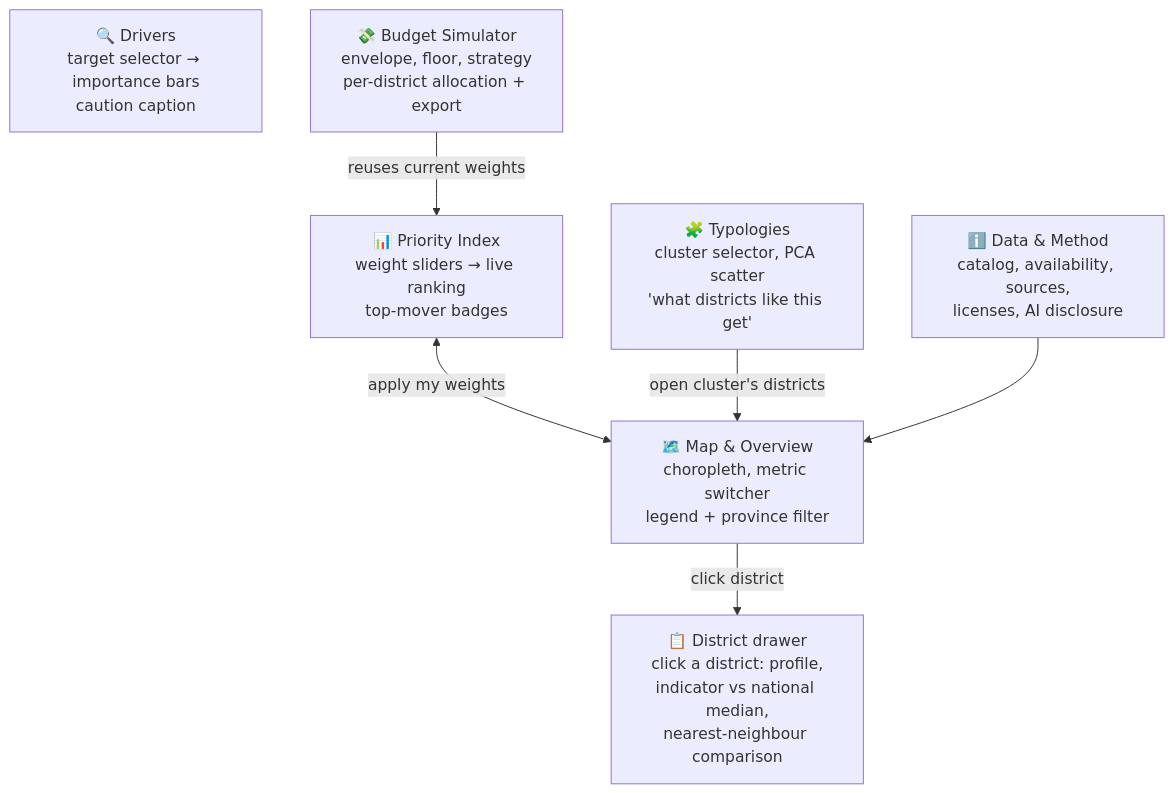
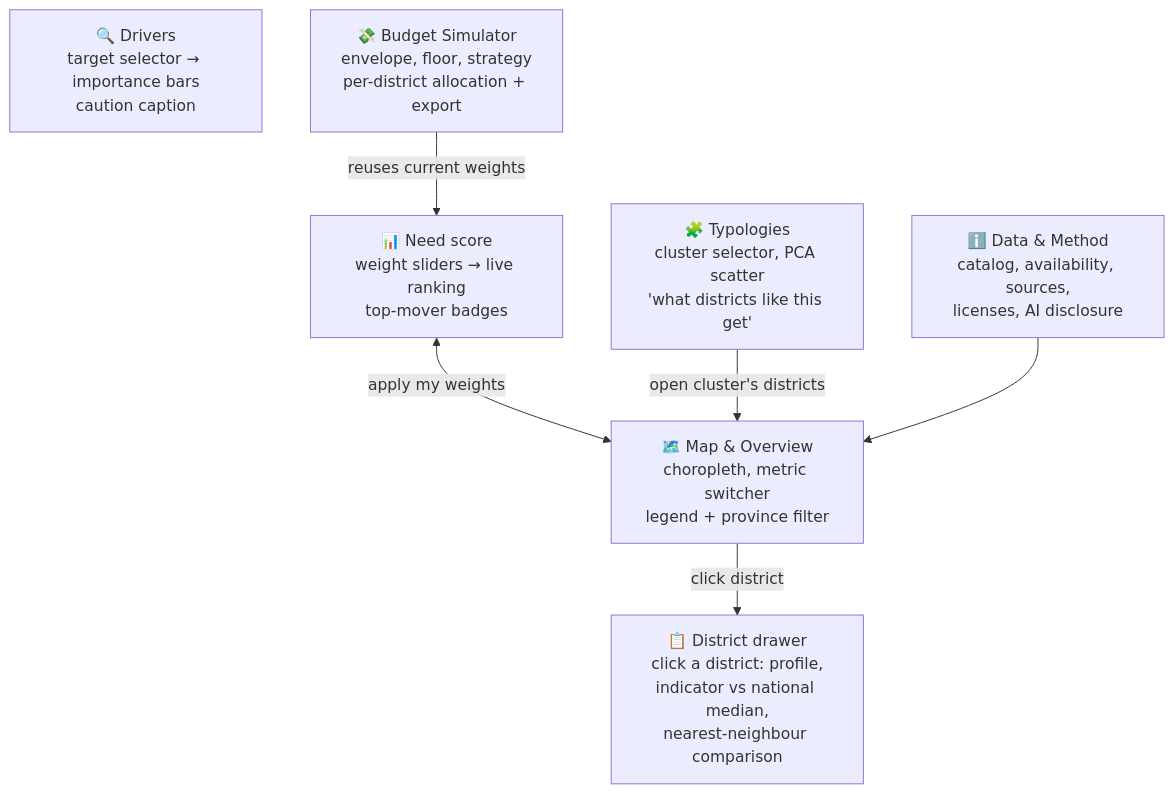
Before and after one commit to daadygod-dev/rwako: the second of 3 diagrams in docs/SYSTEM_DESIGN.md, drawn with Mermaid. The commit also changed other lines of this file and 22 other files, not shown here.

````diff
--- a/docs/SYSTEM_DESIGN.md
+++ b/docs/SYSTEM_DESIGN.md
@@ -123,16 +120,16 @@
 ```mermaid
 flowchart TD
     HOME["🗺️ Map & Overview\nchoropleth, metric switcher\nlegend + province filter"]
     DET["📋 District drawer\nclick a district: profile,\nindicator vs national median,\nnearest-neighbour comparison"]
-    INDEX["📊 Priority Index\nweight sliders → live ranking\ntop-mover badges"]
+    INDEX["📊 Need score\nweight sliders → live ranking\ntop-mover badges"]
     TYPO["🧩 Typologies\ncluster selector, PCA scatter\n'what districts like this get'"]
     DRIVER["🔍 Drivers\ntarget selector → importance bars\ncaution caption"]
     SIM["💸 Budget Simulator\nenvelope, floor, strategy\nper-district allocation + export"]
     DATA["ℹ️ Data & Method\ncatalog, availability, sources,\nlicenses, AI disclosure"]
 
     HOME -->|click district| DET
     INDEX <-->|"apply my weights"| HOME
     TYPO -->|"open cluster's districts"| HOME
     SIM -->|"reuses current weights"| INDEX
     DATA --> HOME
 ```
````
